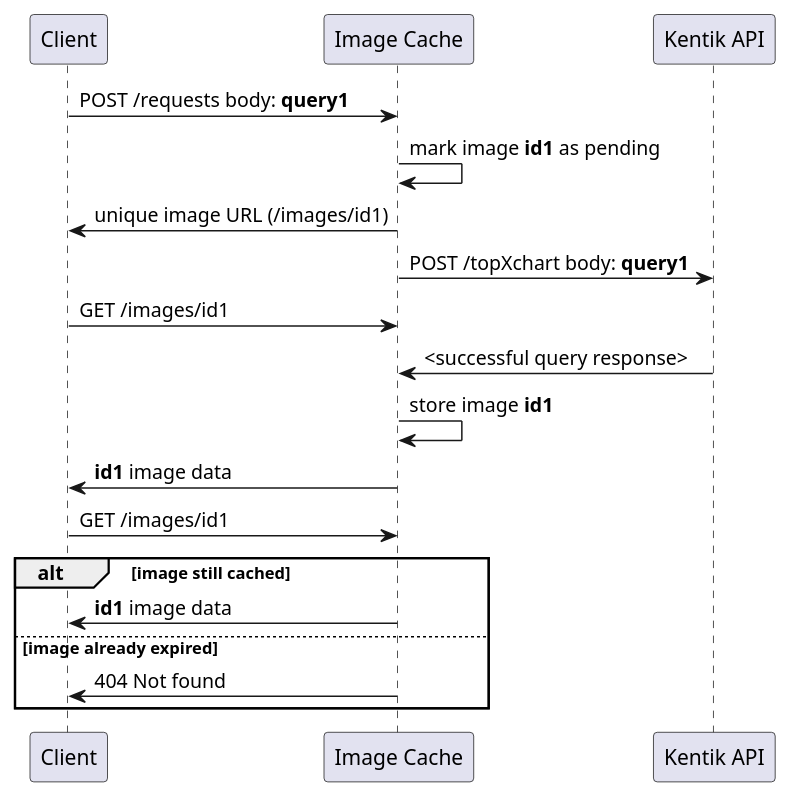
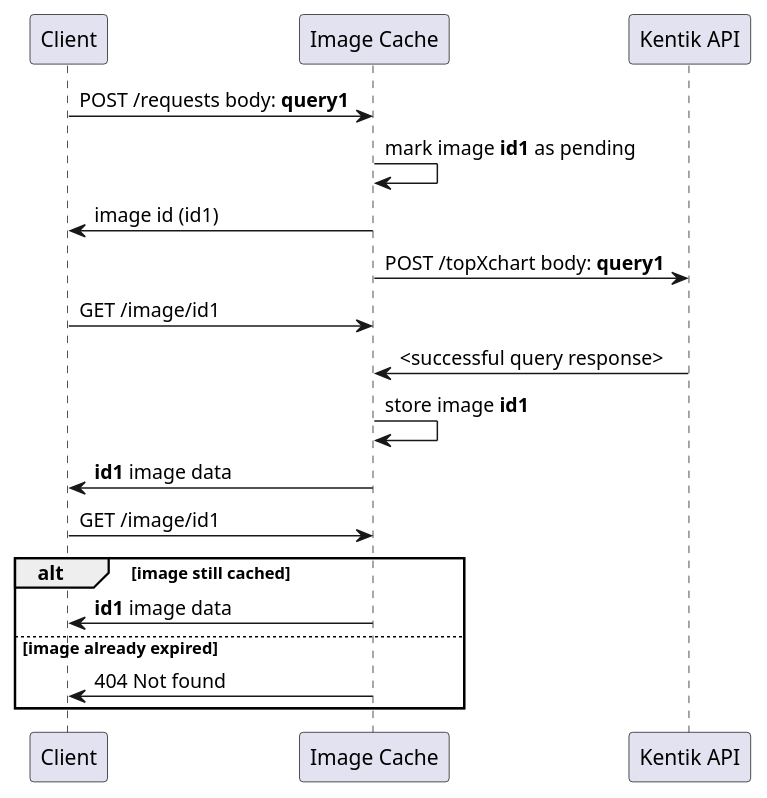
One commit to kentik/kentik_image_cache changed the diagram in docs/normal_operations.puml. Above: the diagram before and after it, drawn with PlantUML. The commit also changed 12 other files, not shown here.

Commit message:
Refactored create_request and get_image to provide better OpenAPI spec Renamed /images to /image Implemented /info method (and supporting ObjectCache and CacheEntry methods) Fixed handling of API errors Fixed up README.md Made mypy happy

```diff
--- a/docs/normal_operations.puml
+++ b/docs/normal_operations.puml
@@ -1,19 +1,19 @@
 @startuml
 participant Client order 10
 participant "Image Cache" as Cache order 20
 participant "Kentik API" as Kentik order 30
 Client -> Cache: POST /requests body: **query1**
 Cache -> Cache: mark image **id1** as pending
-Cache -> Client: unique image URL (/images/id1)
+Cache -> Client: image id (id1)
 Cache -> Kentik: POST /topXchart body: **query1**
-Client -> Cache: GET /images/id1
+Client -> Cache: GET /image/id1
 Kentik -> Cache: <successful query response>
 Cache -> Cache: store image **id1**
 Cache -> Client: **id1** image data
-Client -> Cache: GET /images/id1
+Client -> Cache: GET /image/id1
 alt image still cached
 Cache -> Client: **id1** image data
 else image already expired
 Cache -> Client: 404 Not found
 end
 @enduml
```
